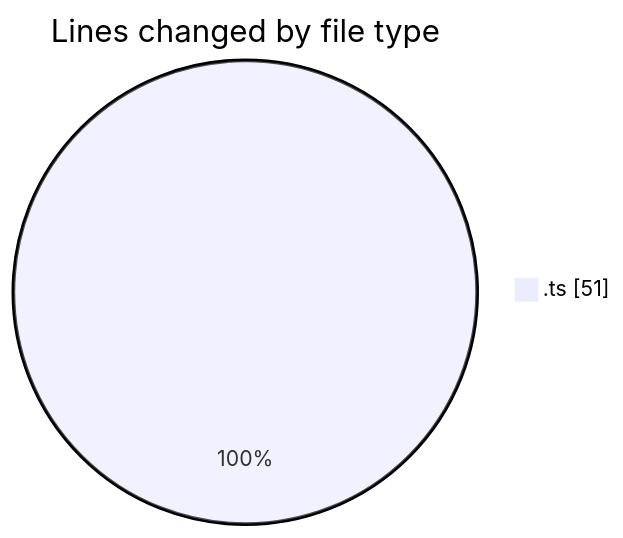
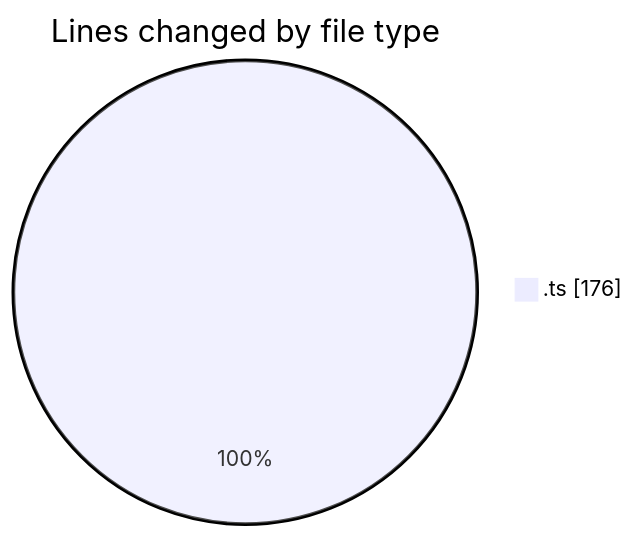
The first of 2 diagrams in 2025-10-19/typescript/README.md (Ritupan-Deka/code-tracking), drawn with Mermaid before and after one commit. The commit also changed other lines of this file and 1 other file, not shown here.

````diff
--- a/2025-10-19/typescript/README.md
+++ b/2025-10-19/typescript/README.md
@@ -21,5 +21,5 @@
 ```mermaid
 pie showData
 title Lines changed by file type
-".ts" : 51
+".ts" : 176
 ```
````
